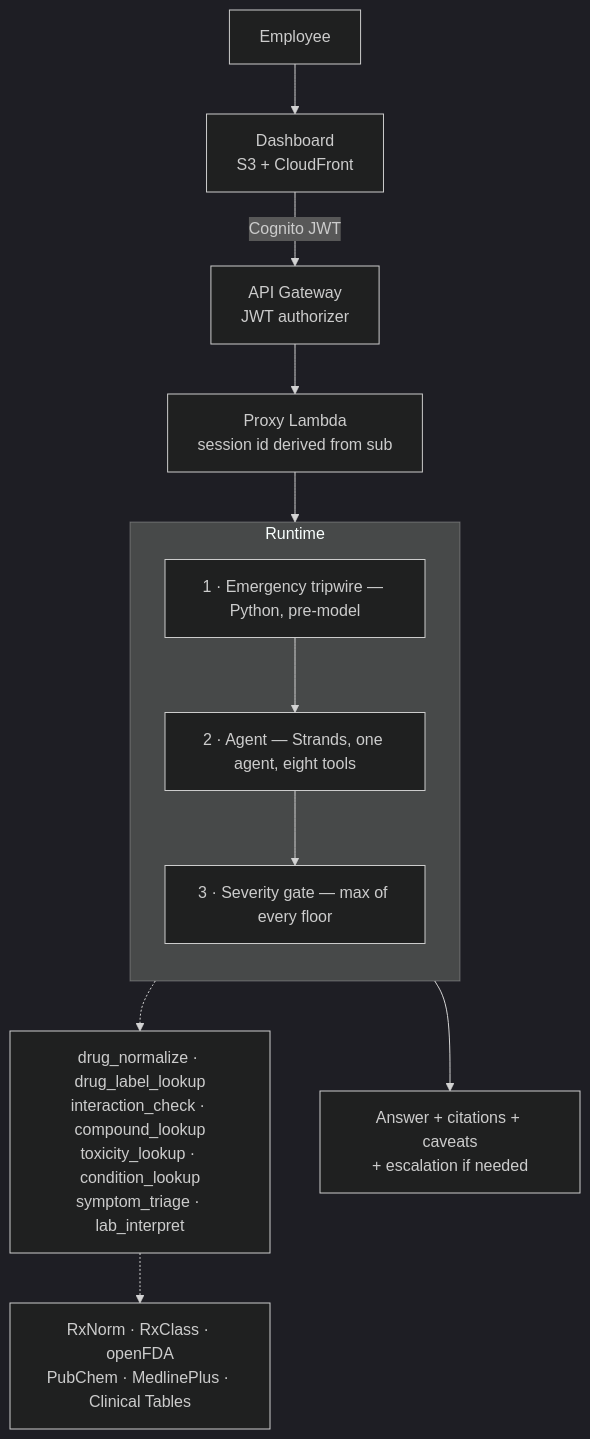
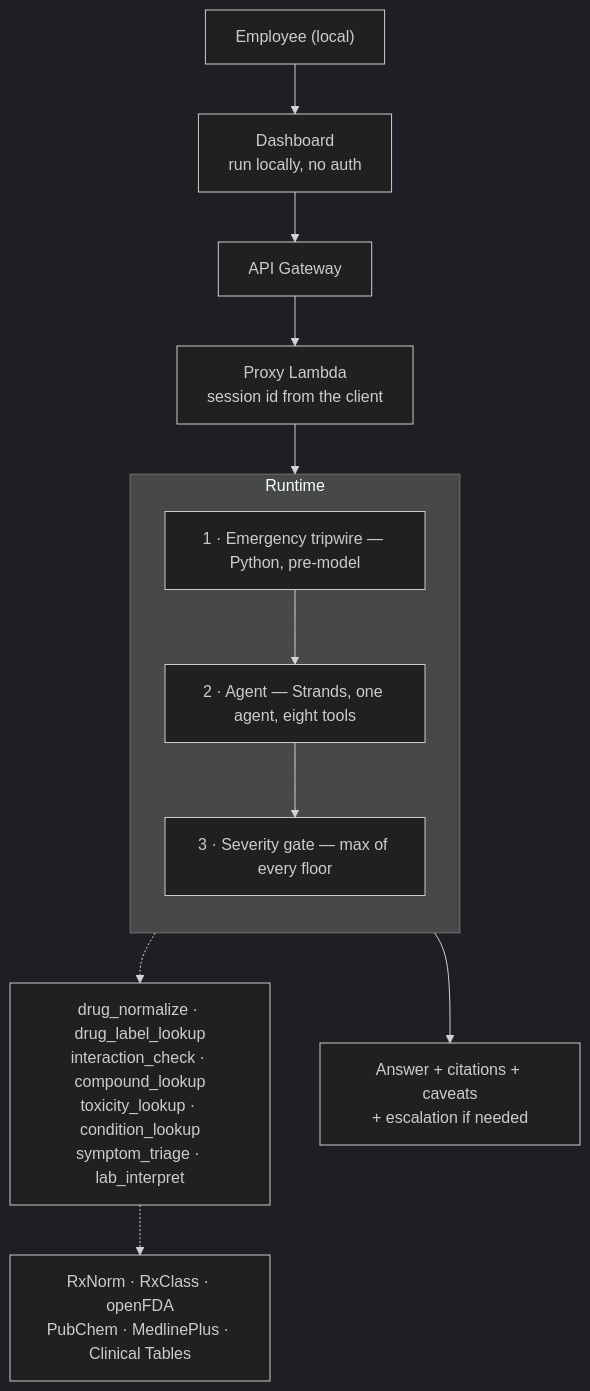
One commit to KaarthikMS/drugagent changed the diagram in README.md. Above: the diagram before and after it, drawn with Mermaid (dark theme). The commit also changed other lines of this file and 19 other files, not shown here.

First line of the commit message:
refactor: drop Cognito auth stack, make the API unauthenticated

````diff
--- a/README.md
+++ b/README.md
@@ -61,21 +62,21 @@
 ```mermaid
 flowchart TD
-    U["Employee"] --> FE["Dashboard<br/>S3 + CloudFront"]
-    FE -->|Cognito JWT| GW["API Gateway<br/>JWT authorizer"]
-    GW --> PX["Proxy Lambda<br/>session id derived from sub"]
+    U["Employee (local)"] --> FE["Dashboard<br/>run locally, no auth"]
+    FE --> GW["API Gateway"]
+    GW --> PX["Proxy Lambda<br/>session id from the client"]
     PX --> TW
 
     subgraph RT["Runtime"]
         direction TB
         TW["1 · Emergency tripwire — Python, pre-model"]
         AG["2 · Agent — Strands, one agent, eight tools"]
         SEV["3 · Severity gate — max of every floor"]
         TW --> AG --> SEV
     end
 
     AG -.-> T["drug_normalize · drug_label_lookup<br/>interaction_check · compound_lookup<br/>toxicity_lookup · condition_lookup<br/>symptom_triage · lab_interpret"]
 
     T -.-> EXT["RxNorm · RxClass · openFDA<br/>PubChem · MedlinePlus · Clinical Tables"]
 
     SEV --> RESP["Answer + citations + caveats<br/>+ escalation if needed"]
 ```
````
